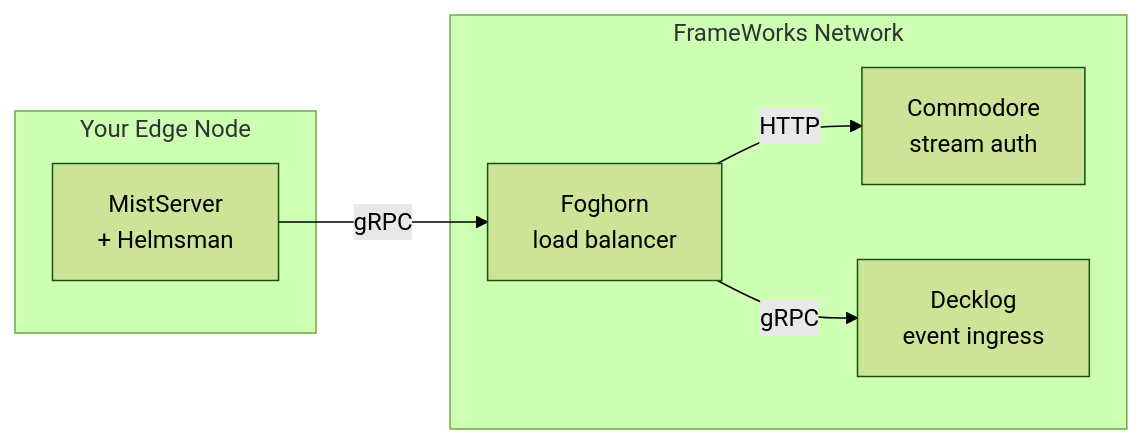
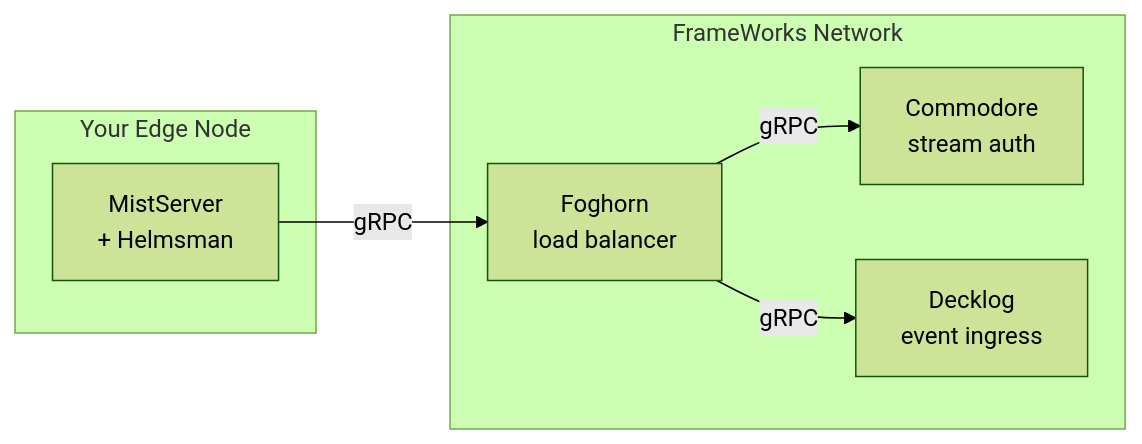
The diagram in website_docs/src/content/docs/hybrid/overview.mdx (Livepeer-FrameWorks/monorepo), drawn with Mermaid (forest theme) before and after one commit. The commit also changed other lines of this file and 796 other files, not shown here.

````diff
--- a/website_docs/src/content/docs/hybrid/overview.mdx
+++ b/website_docs/src/content/docs/hybrid/overview.mdx
@@ -38,16 +38,16 @@
 ```mermaid
 graph LR
     subgraph YN[Your Edge Node]
         MS[MistServer<br/>+ Helmsman]
     end
 
     subgraph FN[FrameWorks Network]
         COM[Commodore<br/>stream auth]
         FOG[Foghorn<br/>load balancer]
         DL[Decklog<br/>event ingress]
     end
 
     MS -->|gRPC| FOG
-    FOG -->|HTTP| COM
+    FOG -->|gRPC| COM
     FOG -->|gRPC| DL
 ```
````
